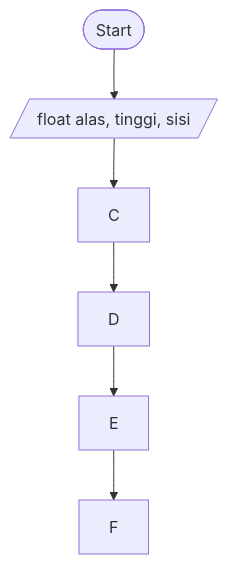
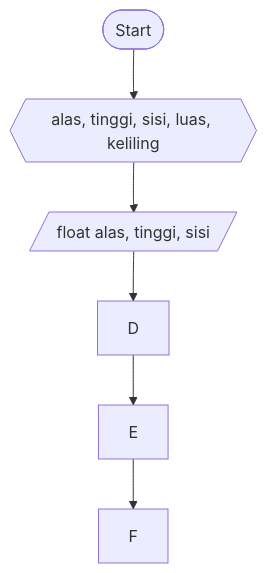
The diagram in Segitiga.md (SATRIODIANNUGROHO/Latihan4_27_SatrioDianNugroho), drawn with Mermaid before and after one commit.

````diff
--- a/Segitiga.md
+++ b/Segitiga.md
@@ -16,8 +16,8 @@
 ```mermaid
 graph TD;
-    A([Start])-->B[/float alas, tinggi, sisi/];
-    B[/float alas, tinggi, sisi/]-->C;
+    A([Start])-->B{{alas, tinggi, sisi, luas, keliling}};
+    B{{alas, tinggi, sisi, luas, keliling}}-->C[/float alas, tinggi, sisi/];
     C-->D;
     D-->E;
     E-->F;
 ```
````
